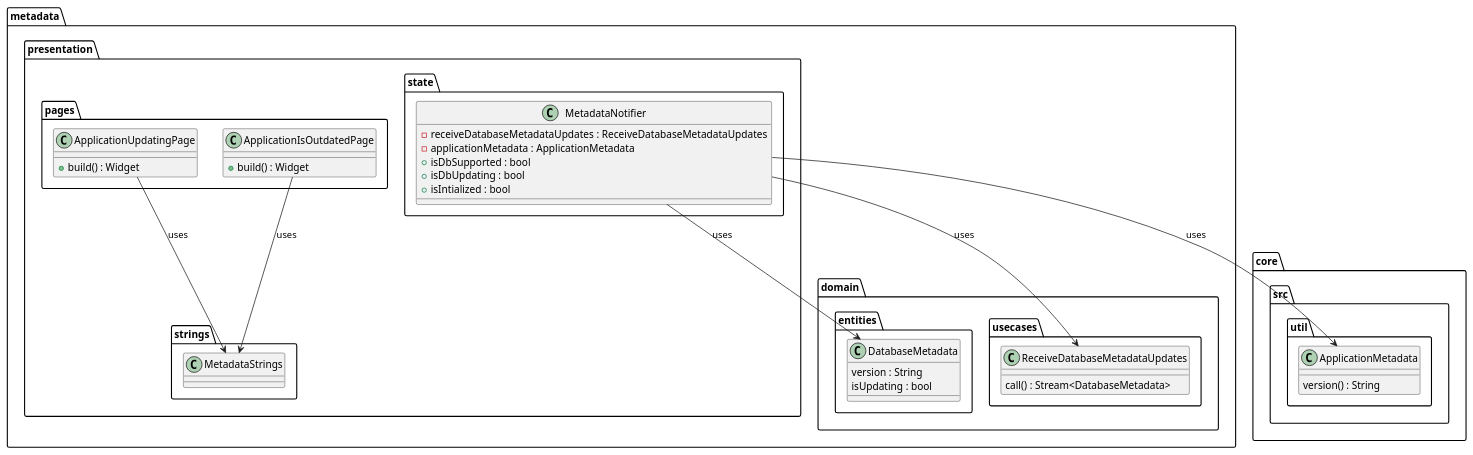
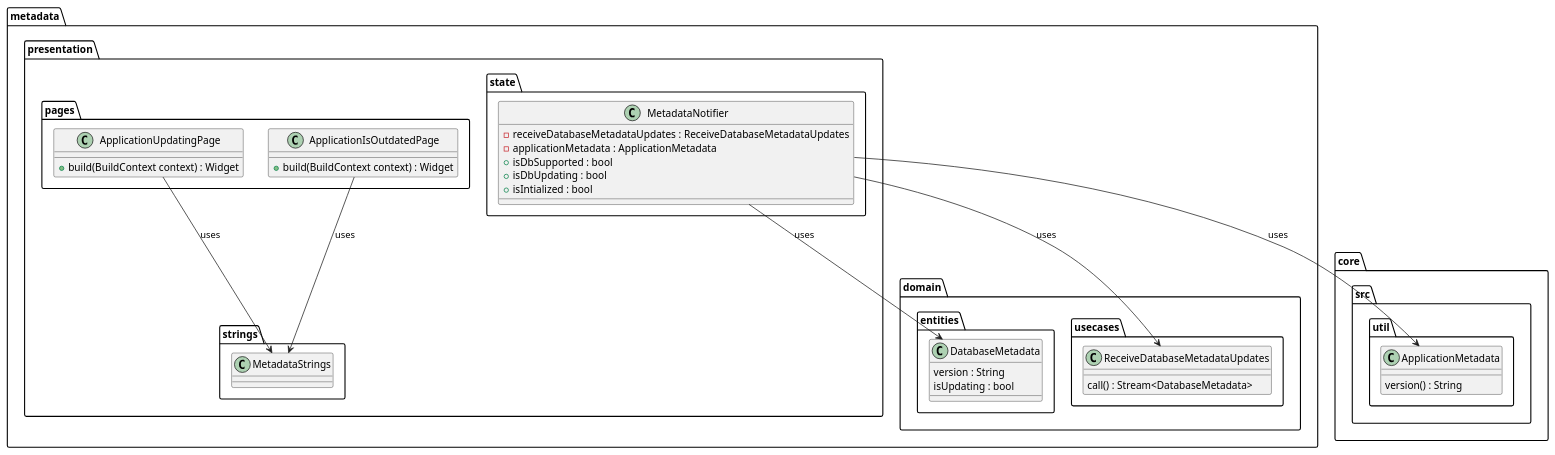
The diagram in metrics/web/docs/features/database_metadata/diagrams/metadata_presentation_class_diagram.puml (Flank/flank-dashboard), drawn with PlantUML before and after one commit. The commit also changed 4 other files, not shown here.

```diff
--- a/metrics/web/docs/features/database_metadata/diagrams/metadata_presentation_class_diagram.puml
+++ b/metrics/web/docs/features/database_metadata/diagrams/metadata_presentation_class_diagram.puml
@@ -1,60 +1,60 @@
 @startuml metadata_presentation_class_diagram
 
 package core.src.util {
     class ApplicationMetadata {
         version() : String
     }
 }
 
 package metadata {
     package domain {
         package entities {
             class DatabaseMetadata {
                 version : String
                 isUpdating : bool
             }
         }
 
 
         package usecases {
             class ReceiveDatabaseMetadataUpdates {
                 call() : Stream<DatabaseMetadata>
             }
         }
     }
 
     package presentation {
         package state {
             class MetadataNotifier {
                 - receiveDatabaseMetadataUpdates : ReceiveDatabaseMetadataUpdates
                 - applicationMetadata : ApplicationMetadata
-                + isDbSupported : bool 
+                + isDbSupported : bool
                 + isDbUpdating : bool
-                + isIntialized : bool 
+                + isIntialized : bool
             }
         }
 
         package pages {
             class ApplicationUpdatingPage {
-                + build() : Widget
+                + build(BuildContext context) : Widget
             }
             class ApplicationIsOutdatedPage {
-                + build() : Widget
+                + build(BuildContext context) : Widget
             }
         }
 
         package strings {
             class MetadataStrings {}
         }
     }
 }
 
 MetadataNotifier --> ApplicationMetadata : uses
 MetadataNotifier --> ReceiveDatabaseMetadataUpdates : uses
 MetadataNotifier --> DatabaseMetadata : uses
 
 ApplicationUpdatingPage --> MetadataStrings : uses
 ApplicationIsOutdatedPage --> MetadataStrings : uses
 
 
 @enduml
```
